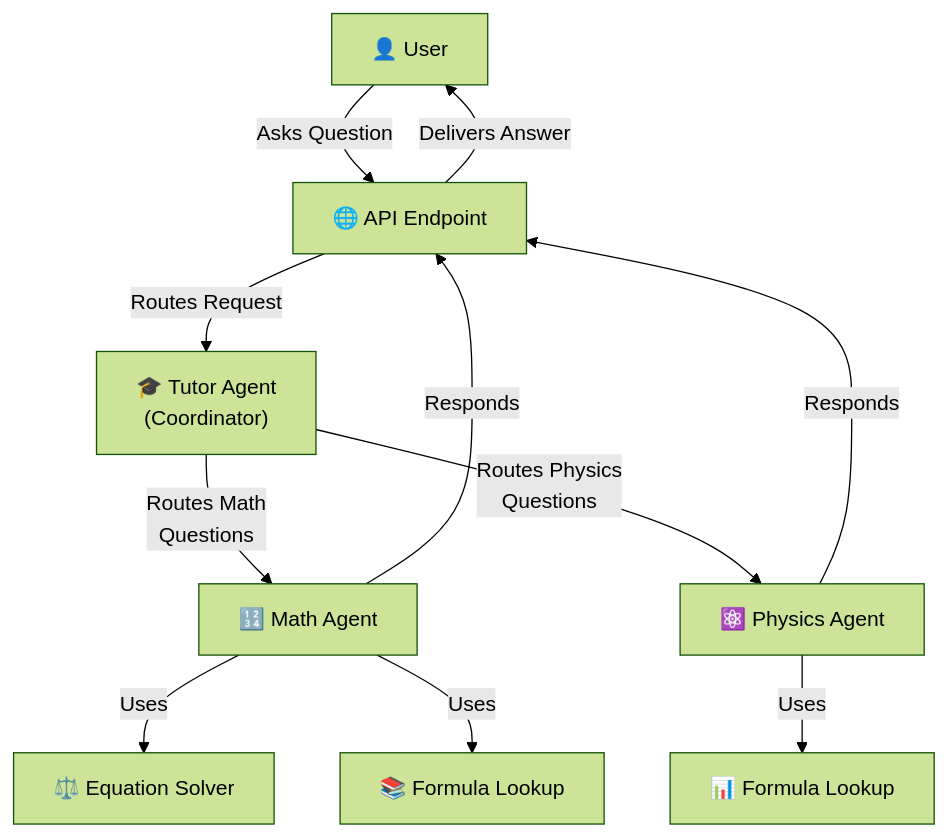
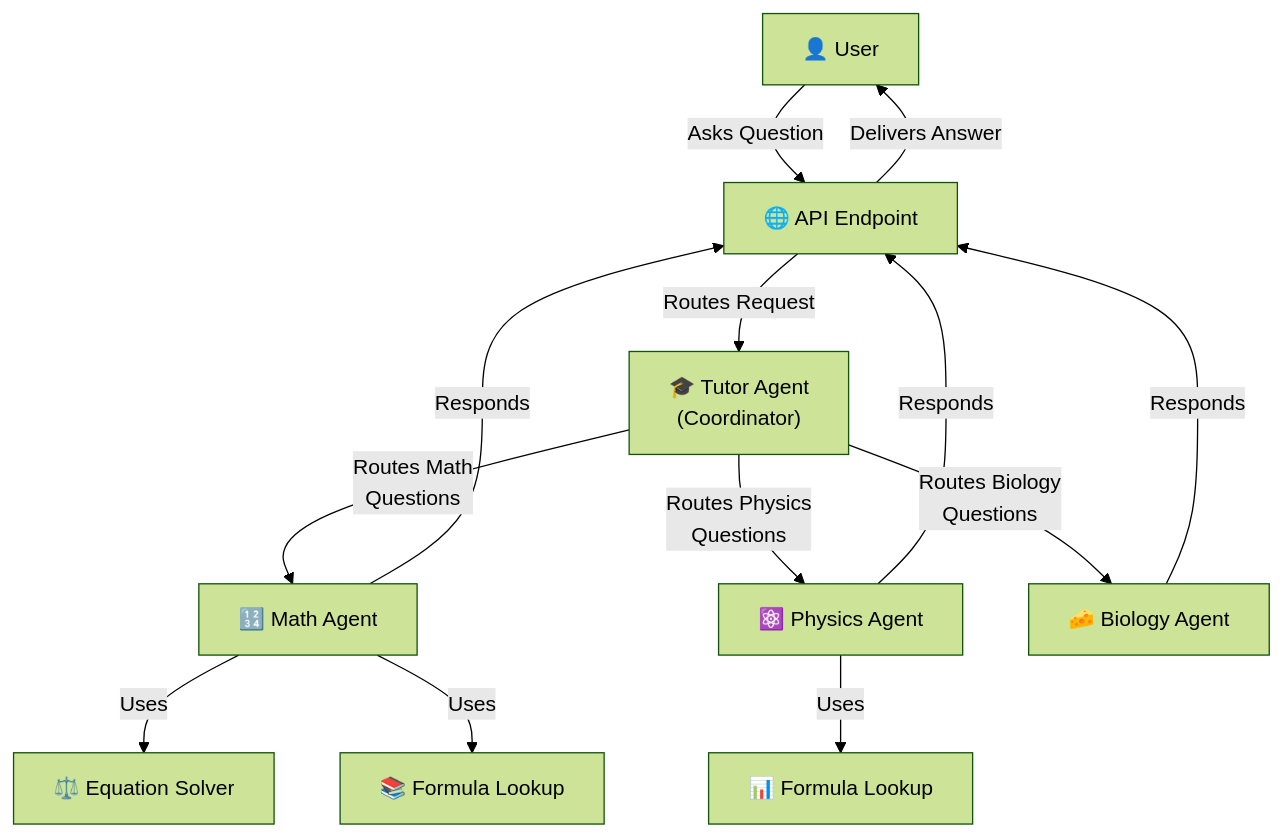
One commit to CodingBad02/MultiAgentTutor changed the first of 2 diagrams in README.md. Above: the diagram before and after it, drawn with Mermaid (forest theme). The commit also changed other lines of this file and 5 other files, not shown here.

````diff
--- a/README.md
+++ b/README.md
@@ -7,13 +7,15 @@
 ```mermaid
 graph TD
     User["👤 User"] -->|"Asks Question"| API["🌐 API Endpoint"];
     API -->|"Routes Request"| Tutor["🎓 Tutor Agent\n(Coordinator)"];
     Tutor -->|"Routes Math\nQuestions"| Math["🔢 Math Agent"];
     Tutor -->|"Routes Physics\nQuestions"| Physics["⚛️ Physics Agent"];
+    Tutor -->|"Routes Biology\nQuestions"| Biology["🧀 Biology Agent"];
     Math -->|"Uses"| EqSolver["⚖️ Equation Solver"];
     Math -->|"Uses"| MathFormula["📚 Formula Lookup"];
     Physics -->|"Uses"| PhysicsFormula["📊 Formula Lookup"];
     Math -->|"Responds"| API;
     Physics -->|"Responds"| API;
+    Biology -->|"Responds"| API;
     API -->|"Delivers Answer"| User;
 ```
````
